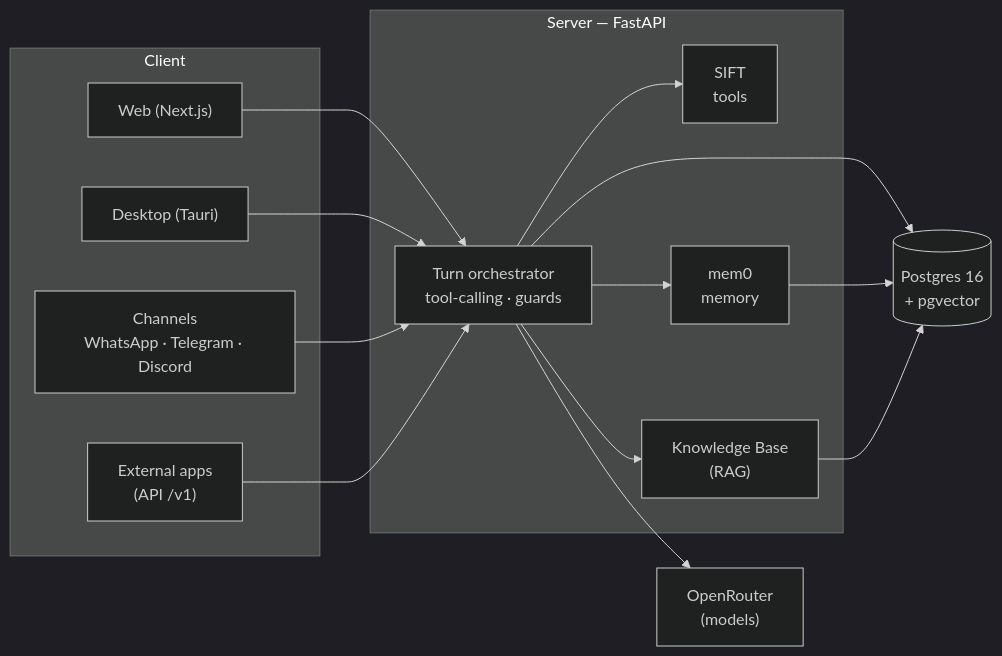
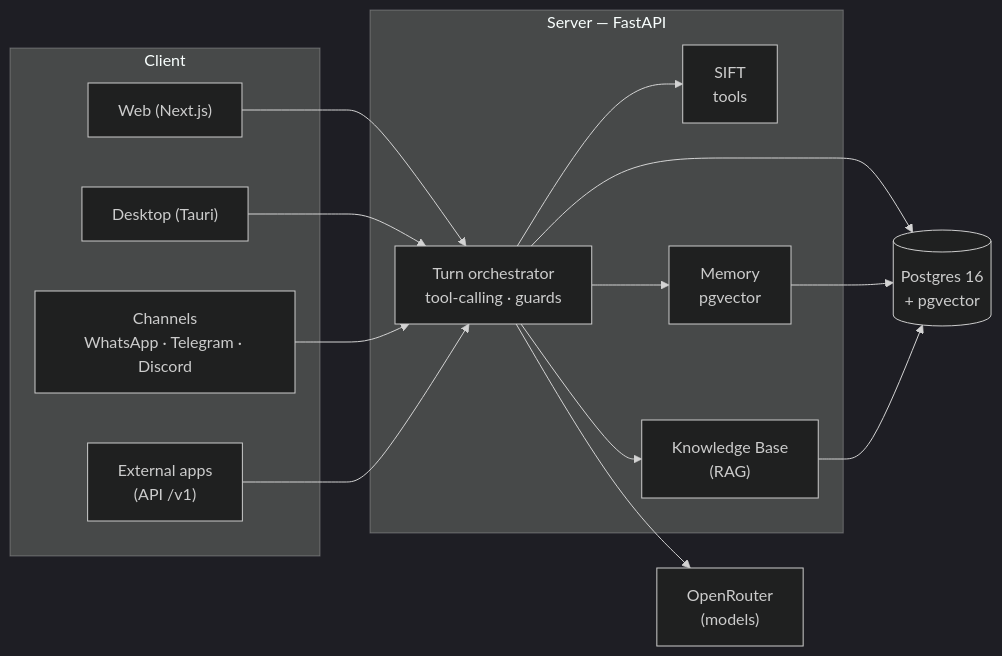
Before and after one commit to Victor-Alves0/AI-Workspace: the diagram in README.md, drawn with Mermaid (dark theme). The commit also changed other lines of this file and 33 other files, not shown here.

````diff
--- a/README.md
+++ b/README.md
@@ -120,22 +120,22 @@
 ```mermaid
 flowchart LR
     subgraph Client
         W["Web (Next.js)"]
         D["Desktop (Tauri)"]
         C["Channels<br/>WhatsApp · Telegram · Discord"]
         X["External apps<br/>(API /v1)"]
     end
     subgraph Backend["Server — FastAPI"]
         O["Turn orchestrator<br/>tool-calling · guards"]
         SIFT["SIFT<br/>tools"]
-        MEM["mem0<br/>memory"]
+        MEM["Memory<br/>pgvector"]
         RAG["Knowledge Base<br/>(RAG)"]
     end
     DB[("Postgres 16<br/>+ pgvector")]
     OR["OpenRouter<br/>(models)"]
 
     W & D & C & X --> O
     O --> SIFT & MEM & RAG
     O --> OR
     O & MEM & RAG --> DB
 ```
````
